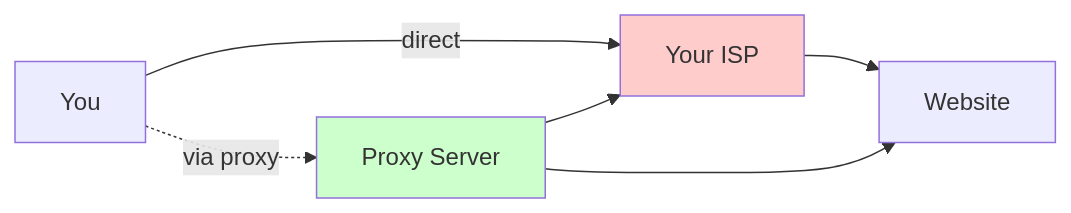
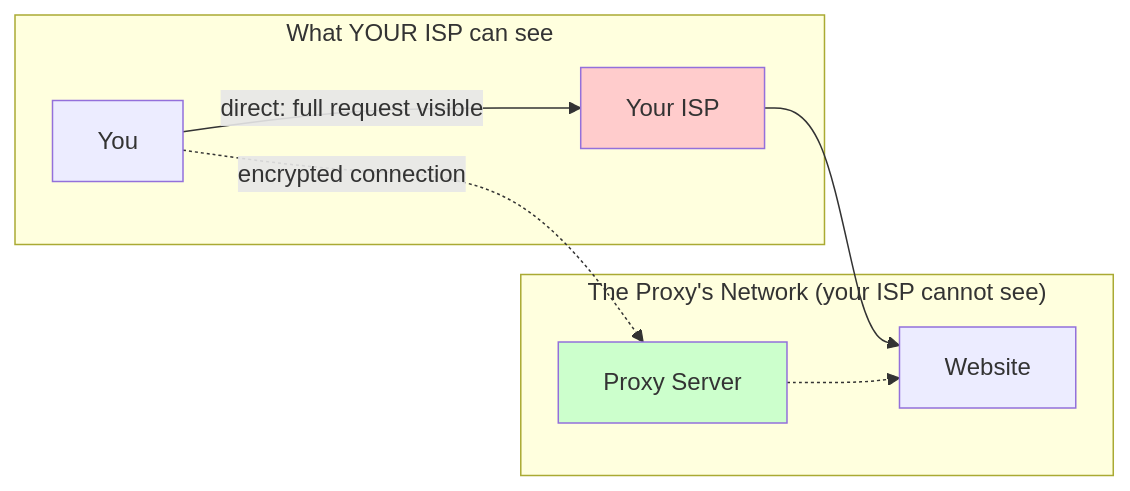
One commit to datmt/learning changed the second of 6 diagrams in networking-lessons-from-singbox/modules/01_proxy-basics.md. Above: the diagram before and after it, drawn with Mermaid. The commit also changed other lines of this file and 2 other files, not shown here.

````diff
--- a/networking-lessons-from-singbox/modules/01_proxy-basics.md
+++ b/networking-lessons-from-singbox/modules/01_proxy-basics.md
@@ -27,9 +27,17 @@
 ```mermaid
 graph LR
-    A[You] -->|direct| B[Your ISP] --> C[Website]
-    A -.->|via proxy| D[Proxy Server] --> B
-    D --> C
+    subgraph "What YOUR ISP can see"
+        A[You]
+        B[Your ISP]
+    end
+    subgraph "The Proxy's Network (your ISP cannot see)"
+        D[Proxy Server]
+        C[Website]
+    end
+    
+    A -->|direct: full request visible| B --> C
+    A -.->|encrypted connection| D -.-> C
     
     style B fill:#ffcccc
     style D fill:#ccffcc
 ```
````
